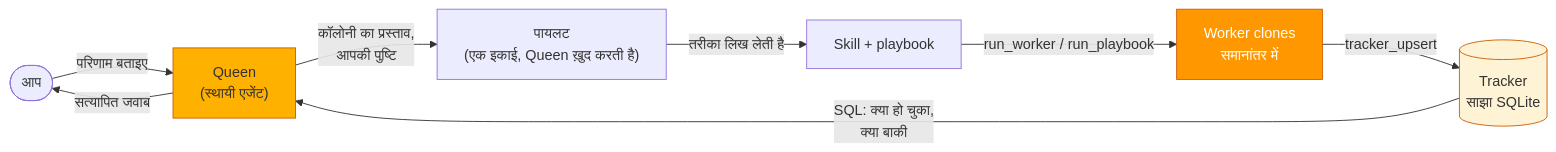
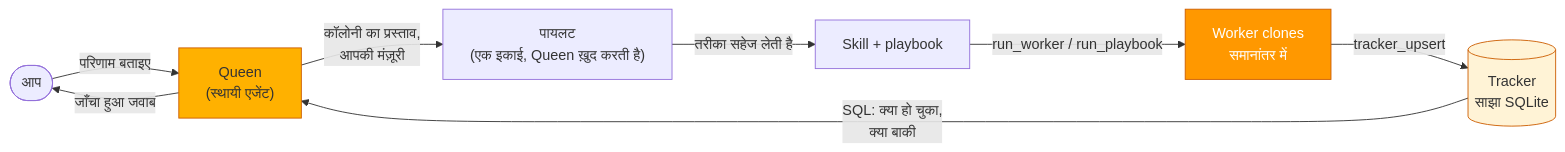
One commit to 23821/hive changed the diagram in docs/i18n/hi.md. Above: the diagram before and after it, drawn with Mermaid. The commit also changed other lines of this file and 6 other files, not shown here.

````diff
--- a/docs/i18n/hi.md
+++ b/docs/i18n/hi.md
@@ -76,14 +79,14 @@
 ```mermaid
 flowchart LR
     You(["आप"]) -->|"परिणाम बताइए"| Queen["Queen<br/>(स्थायी एजेंट)"]
-    Queen -->|"कॉलोनी का प्रस्ताव,<br/>आपकी पुष्टि"| Pilot["पायलट<br/>(एक इकाई, Queen ख़ुद करती है)"]
-    Pilot -->|"तरीका लिख लेती है"| Skill["Skill + playbook"]
+    Queen -->|"कॉलोनी का प्रस्ताव,<br/>आपकी मंज़ूरी"| Pilot["पायलट<br/>(एक इकाई, Queen ख़ुद करती है)"]
+    Pilot -->|"तरीका सहेज लेती है"| Skill["Skill + playbook"]
     Skill -->|"run_worker / run_playbook"| W["Worker clones<br/>समानांतर में"]
     W -->|"tracker_upsert"| T[("Tracker<br/>साझा SQLite")]
     T -->|"SQL: क्या हो चुका,<br/>क्या बाकी"| Queen
-    Queen -->|"सत्यापित जवाब"| You
+    Queen -->|"जाँचा हुआ जवाब"| You
 
     style Queen fill:#ffb100,stroke:#cc5d00,color:#333
     style T fill:#fff3d6,stroke:#cc5d00,color:#333
     style W fill:#ff9800,stroke:#cc5d00,color:#fff
 ```
````
